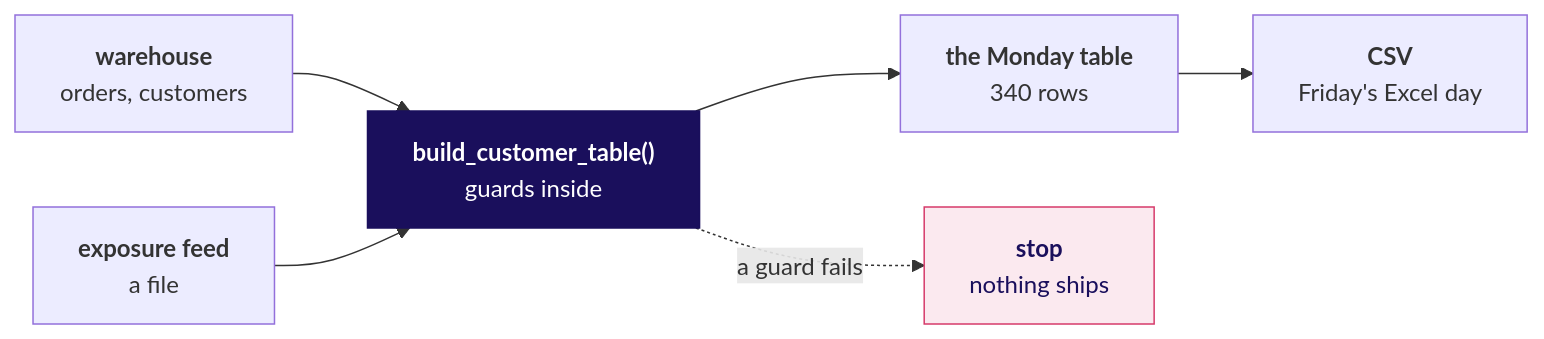
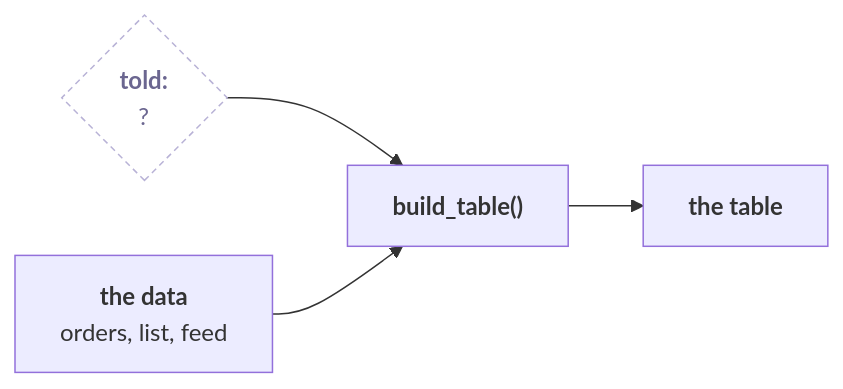
Before and after one commit to fde-academy-lab/c2-content-factory: the first of 9 diagrams in content/W02/D4/slides/C2_W02_D04_half2_STUDENT.md, drawn with Mermaid. The commit also changed other lines of this file and 9 other files, not shown here.

First line of the commit message:
W02 D4 decks in the notebook's rhythm, the day sheet on the new grid and the Monday-table companion

````diff
--- a/content/W02/D4/slides/C2_W02_D04_half2_STUDENT.md
+++ b/content/W02/D4/slides/C2_W02_D04_half2_STUDENT.md
@@ -49,12 +110,8 @@
 ```mermaid
 flowchart LR
-    W["<b>warehouse</b><br/>orders, customers"] --> F["<b>build_customer_table()</b><br/>guards inside"]
-    X["<b>exposure feed</b><br/>a file"] --> F
-    F --> T["<b>the Monday table</b><br/>340 rows"]
-    F -.->|"a guard fails"| S["<b>stop</b><br/>nothing ships"]
-    T --> C["<b>CSV</b><br/>Friday's Excel day"]
-    classDef bet fill:#1A0F5C,stroke:#1A0F5C,color:#FFFFFF
-    classDef bad fill:#FBE9EF,stroke:#D63A6A,color:#1A0F5C
-    class F bet
-    class S bad
+    I{"<b>told:</b><br/>?"} --> F["<b>build_table()</b>"]
+    D["<b>the data</b><br/>orders, list, feed"] --> F
+    F --> T["<b>the table</b>"]
+    classDef unknown fill:#FFFFFF,stroke:#B8B2D6,color:#6B6690,stroke-dasharray:4 3
+    class I unknown
 ```
````
